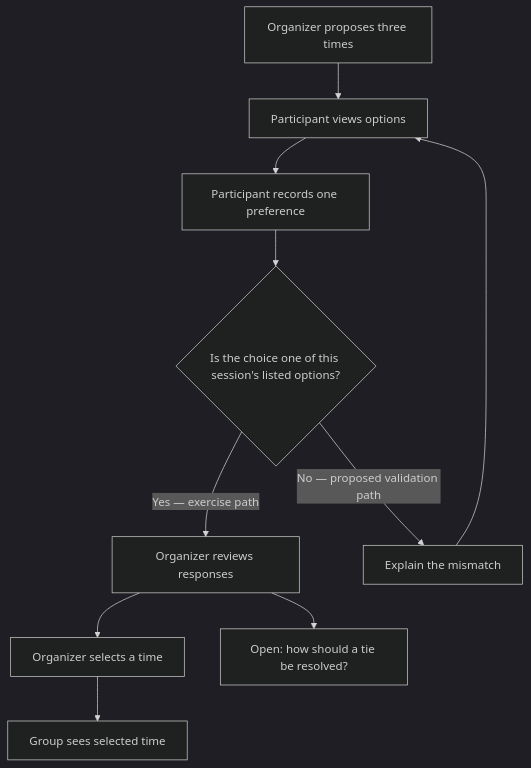
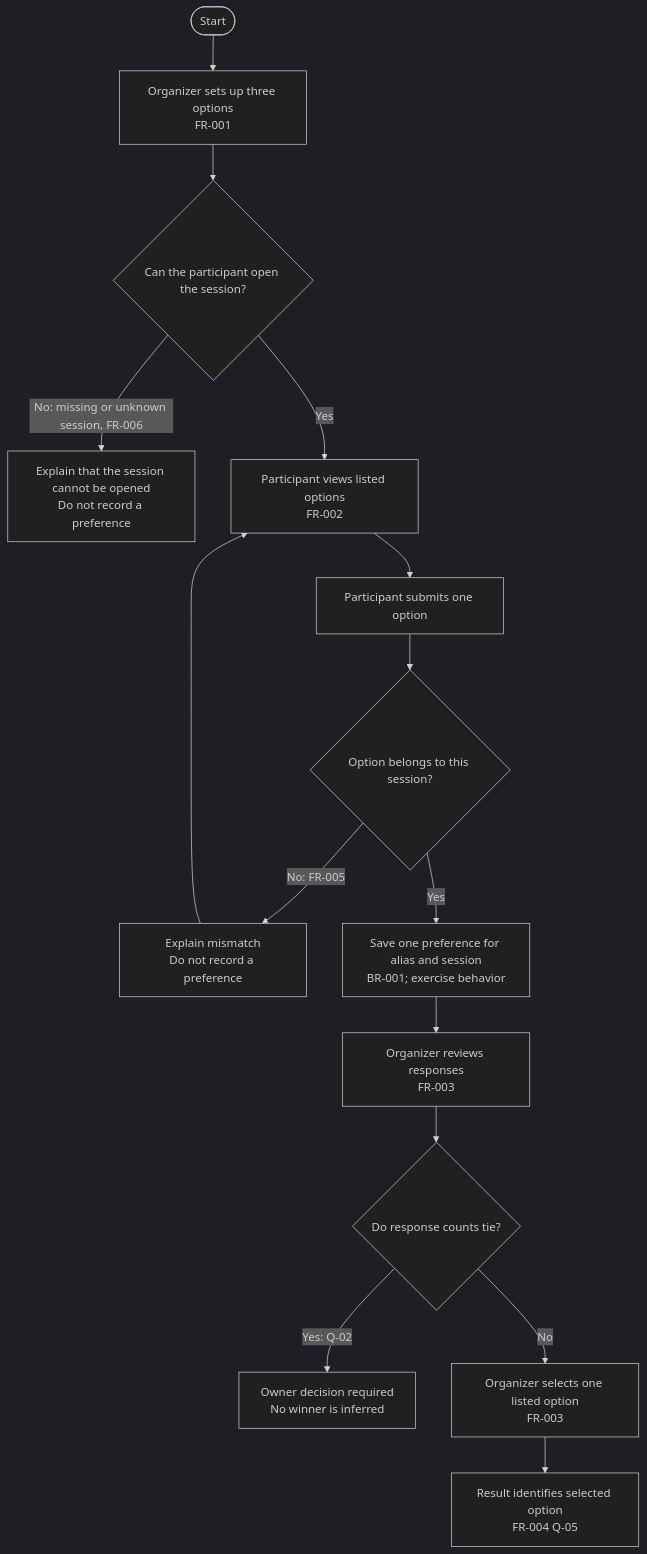
One commit to MahmoudAlmodalal/Ai_agents changed the first of 2 diagrams in docs/curriculum/samples/group-04-mermaid-flow-domain.md. Above: the diagram before and after it, drawn with Mermaid (dark theme). The commit also changed other lines of this file and 54 other files, not shown here.

````diff
--- a/docs/curriculum/samples/group-04-mermaid-flow-domain.md
+++ b/docs/curriculum/samples/group-04-mermaid-flow-domain.md
@@ -28,12 +28,17 @@
 ```mermaid
 flowchart TD
-  A[Organizer proposes three times] --> B[Participant views options]
-  B --> C[Participant records one preference]
-  C --> G{Is the choice one of this session's listed options?}
-  G -->|Yes — exercise path| D[Organizer reviews responses]
-  D --> E[Organizer selects a time]
-  E --> F[Group sees selected time]
-  G -->|No — proposed validation path| H[Explain the mismatch]
-  H --> B
-  D --> Q[Open: how should a tie be resolved?]
+  Start([Start]) --> Setup[Organizer sets up three options<br/>FR-001]
+  Setup --> Open{Can the participant open the session?}
+  Open -->|No: missing or unknown session, FR-006| NoSession[Explain that the session cannot be opened<br/>Do not record a preference]
+  Open -->|Yes| Options[Participant views listed options<br/>FR-002]
+  Options --> Submit[Participant submits one option]
+  Submit --> Listed{Option belongs to this session?}
+  Listed -->|No: FR-005| Invalid[Explain mismatch<br/>Do not record a preference]
+  Invalid --> Options
+  Listed -->|Yes| Save[Save one preference for alias and session<br/>BR-001; exercise behavior]
+  Save --> Review[Organizer reviews responses<br/>FR-003]
+  Review --> Tie{Do response counts tie?}
+  Tie -->|Yes: Q-02| TieOpen[Owner decision required<br/>No winner is inferred]
+  Tie -->|No| Select[Organizer selects one listed option<br/>FR-003]
+  Select --> Result[Result identifies selected option<br/>FR-004 Q-05]
 ```
````
